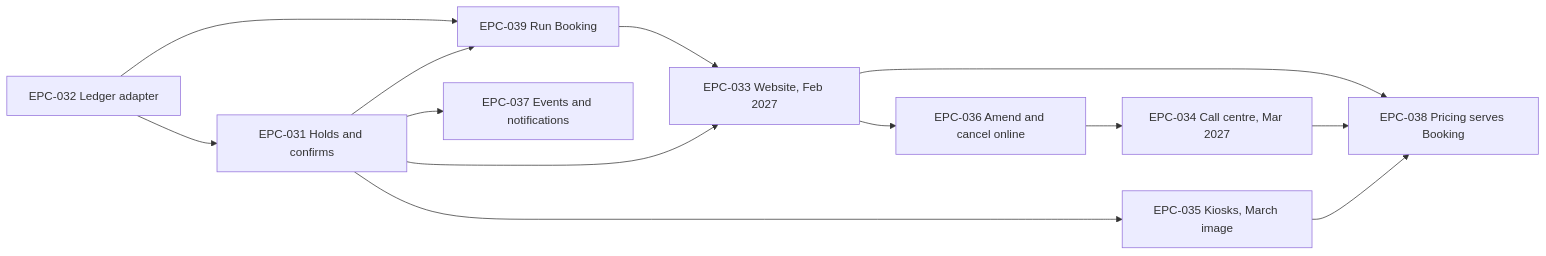
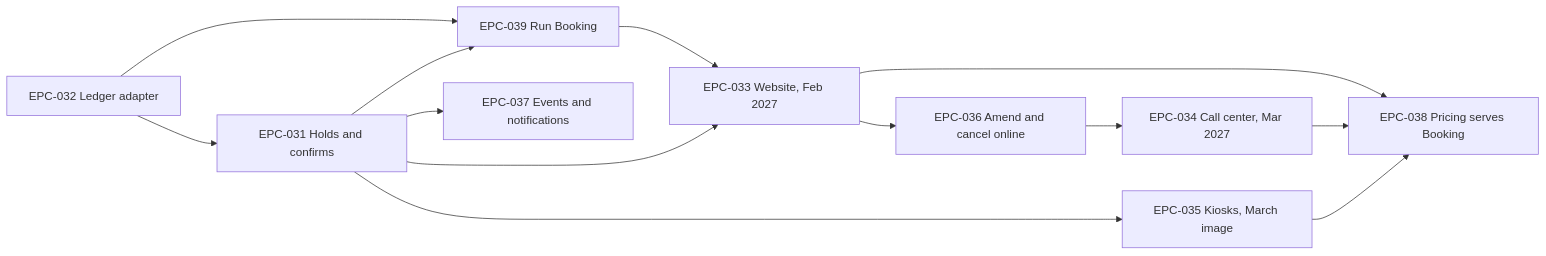
Before and after one commit to smalls257/vela: the diagram in examples/unified-booking/13-epics/13-epics.md, drawn with Mermaid. The commit also changed other lines of this file and 236 other files, not shown here.

````diff
--- a/examples/unified-booking/13-epics/13-epics.md
+++ b/examples/unified-booking/13-epics/13-epics.md
@@ -35,15 +35,15 @@
 ```mermaid
 flowchart LR
   E032[EPC-032 Ledger adapter] --> E031[EPC-031 Holds and confirms]
   E032 --> E039[EPC-039 Run Booking]
   E031 --> E039
   E039 --> E033[EPC-033 Website, Feb 2027]
   E031 --> E033
   E033 --> E036[EPC-036 Amend and cancel online]
-  E036 --> E034[EPC-034 Call centre, Mar 2027]
+  E036 --> E034[EPC-034 Call center, Mar 2027]
   E031 --> E035[EPC-035 Kiosks, March image]
   E031 --> E037[EPC-037 Events and notifications]
   E033 --> E038[EPC-038 Pricing serves Booking]
   E034 --> E038
   E035 --> E038
 ```
````
